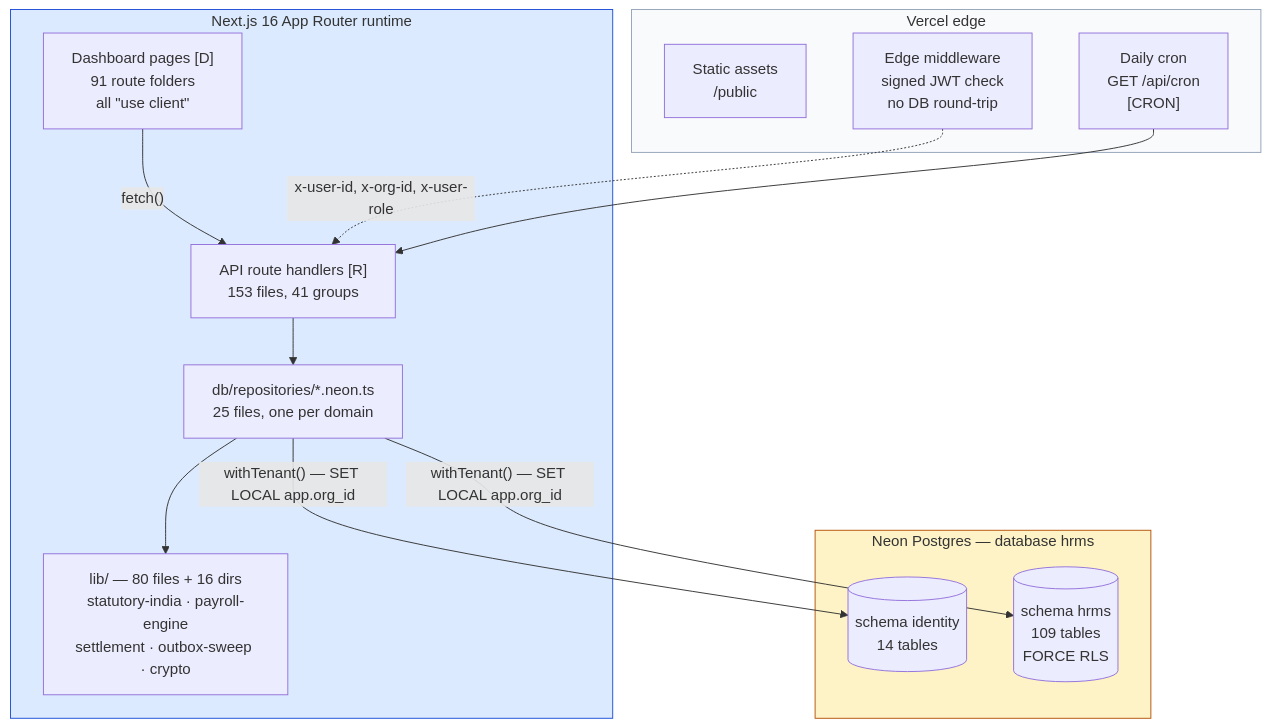
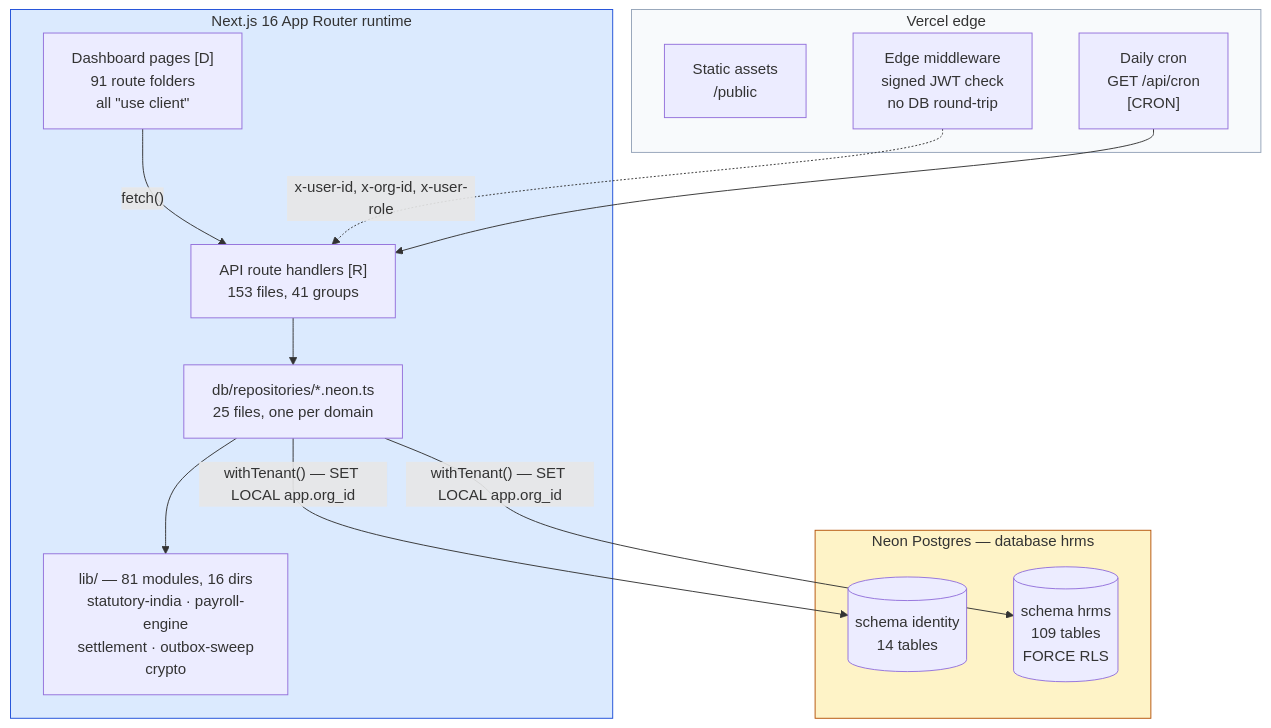
One commit to Hemakotibonthada/HRMS.circuvent changed the second of 41 diagrams in Architecture_Docs/06_ARCHITECTURE_DIAGRAMS.md. Above: the diagram before and after it, drawn with Mermaid. The commit also changed other lines of this file and 63 other files, not shown here.

````diff
--- a/Architecture_Docs/06_ARCHITECTURE_DIAGRAMS.md
+++ b/Architecture_Docs/06_ARCHITECTURE_DIAGRAMS.md
@@ -189,32 +189,32 @@
 ```mermaid
 flowchart TB
     subgraph edge["Vercel edge"]
         static["Static assets<br/>/public"]
         mw["Edge middleware<br/>signed JWT check<br/>no DB round-trip"]
         cron["Daily cron<br/>GET /api/cron<br/>[CRON]"]
     end
 
     subgraph runtime["Next.js 16 App Router runtime"]
         pages["Dashboard pages [D]<br/>91 route folders<br/>all &quot;use client&quot;"]
         routes["API route handlers [R]<br/>153 files, 41 groups"]
         repos["db/repositories/*.neon.ts<br/>25 files, one per domain"]
-        lib["lib/ — 80 files + 16 dirs<br/>statutory-india · payroll-engine<br/>settlement · outbox-sweep · crypto"]
+        lib["lib/ — 81 modules, 16 dirs<br/>statutory-india · payroll-engine<br/>settlement · outbox-sweep<br/>crypto"]
     end
 
     subgraph data["Neon Postgres — database hrms"]
         identity[("schema identity<br/>14 tables")]
         hrmsschema[("schema hrms<br/>109 tables<br/>FORCE RLS")]
     end
 
     pages -->|"fetch()"| routes
     routes --> repos
     repos --> lib
     repos -->|"withTenant() — SET LOCAL app.org_id"| identity
     repos -->|"withTenant() — SET LOCAL app.org_id"| hrmsschema
     mw -.->|"x-user-id, x-org-id, x-user-role"| routes
     cron --> routes
 
     style edge fill:#F8FAFC,stroke:#94A3B8
     style runtime fill:#DBEAFE,stroke:#1D4ED8
     style data fill:#FEF3C7,stroke:#B45309
 ```
````
